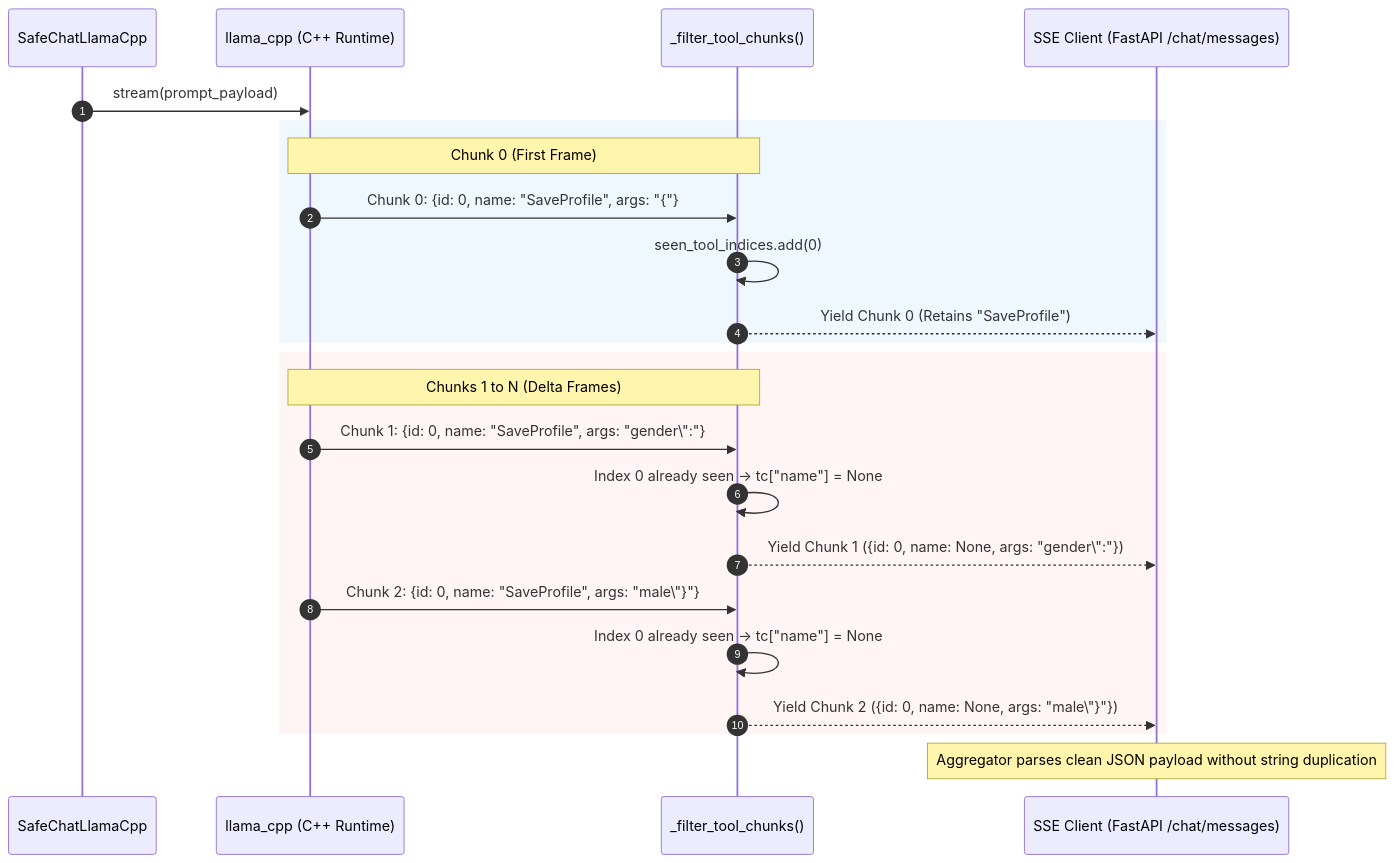
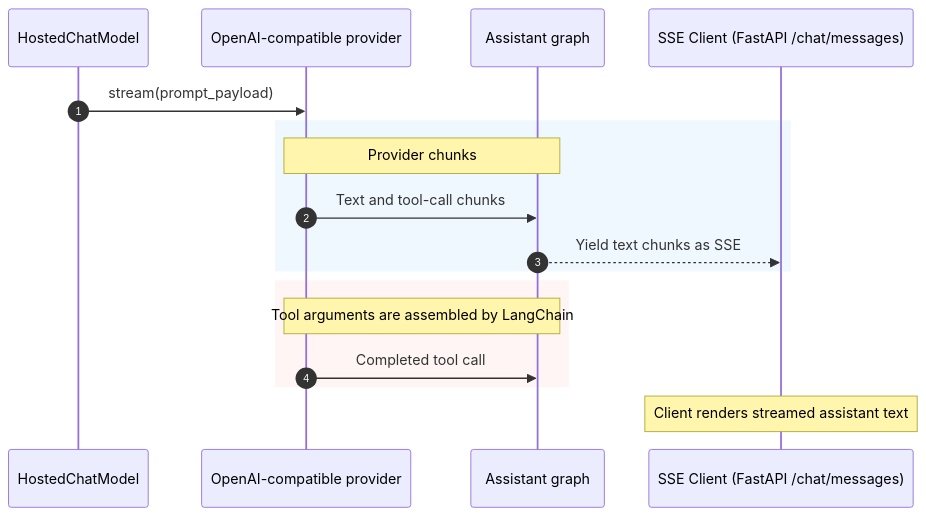
One commit to ahmedtvmer/MAYOS changed the fifth of 8 diagrams in docs/ARCHITECTURE.md. Above: the diagram before and after it, drawn with Mermaid. The commit also changed other lines of this file and 64 other files, not shown here.

Commit message:
refactor: remove the local GGUF chat backend; hosted-only models with a scripted fake for tests (#266)

````diff
--- a/docs/ARCHITECTURE.md
+++ b/docs/ARCHITECTURE.md
@@ -285,30 +285,23 @@
 ```mermaid
 sequenceDiagram
     autonumber
-    participant Engine as SafeChatLlamaCpp
-    participant CppCore as llama_cpp (C++ Runtime)
-    participant Sanitizer as _filter_tool_chunks()
+    participant Engine as HostedChatModel
+    participant Provider as OpenAI-compatible provider
+    participant Graph as Assistant graph
     participant UI as SSE Client (FastAPI /chat/messages)
 
-    Engine->>CppCore: stream(prompt_payload)
+    Engine->>Provider: stream(prompt_payload)
     
     rect rgb(240, 248, 255)
-        Note over CppCore,Sanitizer: Chunk 0 (First Frame)
-        CppCore->>Sanitizer: Chunk 0: {id: 0, name: "SaveProfile", args: "{"}
-        Sanitizer->>Sanitizer: seen_tool_indices.add(0)
-        Sanitizer-->>UI: Yield Chunk 0 (Retains "SaveProfile")
+        Note over Provider,Graph: Provider chunks
+        Provider->>Graph: Text and tool-call chunks
+        Graph-->>UI: Yield text chunks as SSE
     end
 
     rect rgb(255, 245, 245)
-        Note over CppCore,Sanitizer: Chunks 1 to N (Delta Frames)
-        CppCore->>Sanitizer: Chunk 1: {id: 0, name: "SaveProfile", args: "gender\":"}
-        Sanitizer->>Sanitizer: Index 0 already seen -> tc["name"] = None
-        Sanitizer-->>UI: Yield Chunk 1 ({id: 0, name: None, args: "gender\":"})
-        
-        CppCore->>Sanitizer: Chunk 2: {id: 0, name: "SaveProfile", args: "male\"}"}
-        Sanitizer->>Sanitizer: Index 0 already seen -> tc["name"] = None
-        Sanitizer-->>UI: Yield Chunk 2 ({id: 0, name: None, args: "male\"}"})
+        Note over Provider,Graph: Tool arguments are assembled by LangChain
+        Provider->>Graph: Completed tool call
     end
 
-    Note over UI: Aggregator parses clean JSON payload without string duplication
+    Note over UI: Client renders streamed assistant text
 ```
````
